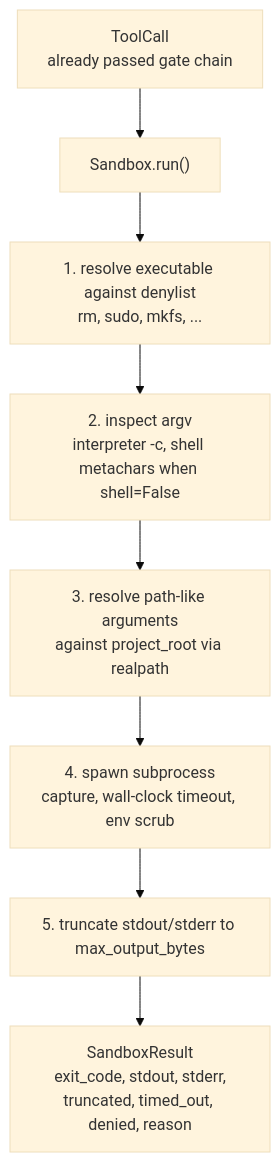
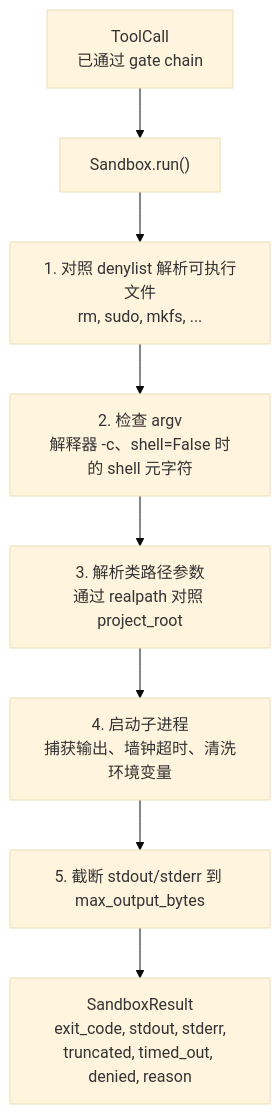
Before and after one commit to alessandrodinisio-ai/ai-engineering-learning-framework: the first of 2 diagrams in phases/19-capstone-projects/26-sandbox-runner-denylist/docs/zh.md, drawn with Mermaid (base theme). The commit also changed other lines of this file and 120 other files, not shown here.

First line of the commit message:
i18n(mermaid): 337 个 mermaid 图表标签中文化

````diff
--- a/phases/19-capstone-projects/26-sandbox-runner-denylist/docs/zh.md
+++ b/phases/19-capstone-projects/26-sandbox-runner-denylist/docs/zh.md
@@ -34,10 +34,10 @@
 ```mermaid
 flowchart TD
-  Call[ToolCall<br/>already passed gate chain] --> Run["Sandbox.run()"]
-  Run --> S1[1. resolve executable against denylist<br/>rm, sudo, mkfs, ...]
-  S1 --> S2[2. inspect argv<br/>interpreter -c, shell metachars when shell=False]
-  S2 --> S3[3. resolve path-like arguments<br/>against project_root via realpath]
-  S3 --> S4[4. spawn subprocess<br/>capture, wall-clock timeout, env scrub]
-  S4 --> S5[5. truncate stdout/stderr to max_output_bytes]
+  Call[ToolCall<br/>已通过 gate chain] --> Run["Sandbox.run()"]
+  Run --> S1[1. 对照 denylist 解析可执行文件<br/>rm, sudo, mkfs, ...]
+  S1 --> S2[2. 检查 argv<br/>解释器 -c、shell=False 时的 shell 元字符]
+  S2 --> S3[3. 解析类路径参数<br/>通过 realpath 对照 project_root]
+  S3 --> S4[4. 启动子进程<br/>捕获输出、墙钟超时、清洗环境变量]
+  S4 --> S5[5. 截断 stdout/stderr 到 max_output_bytes]
   S5 --> Result[SandboxResult<br/>exit_code, stdout, stderr,<br/>truncated, timed_out, denied, reason]
 ```
````
